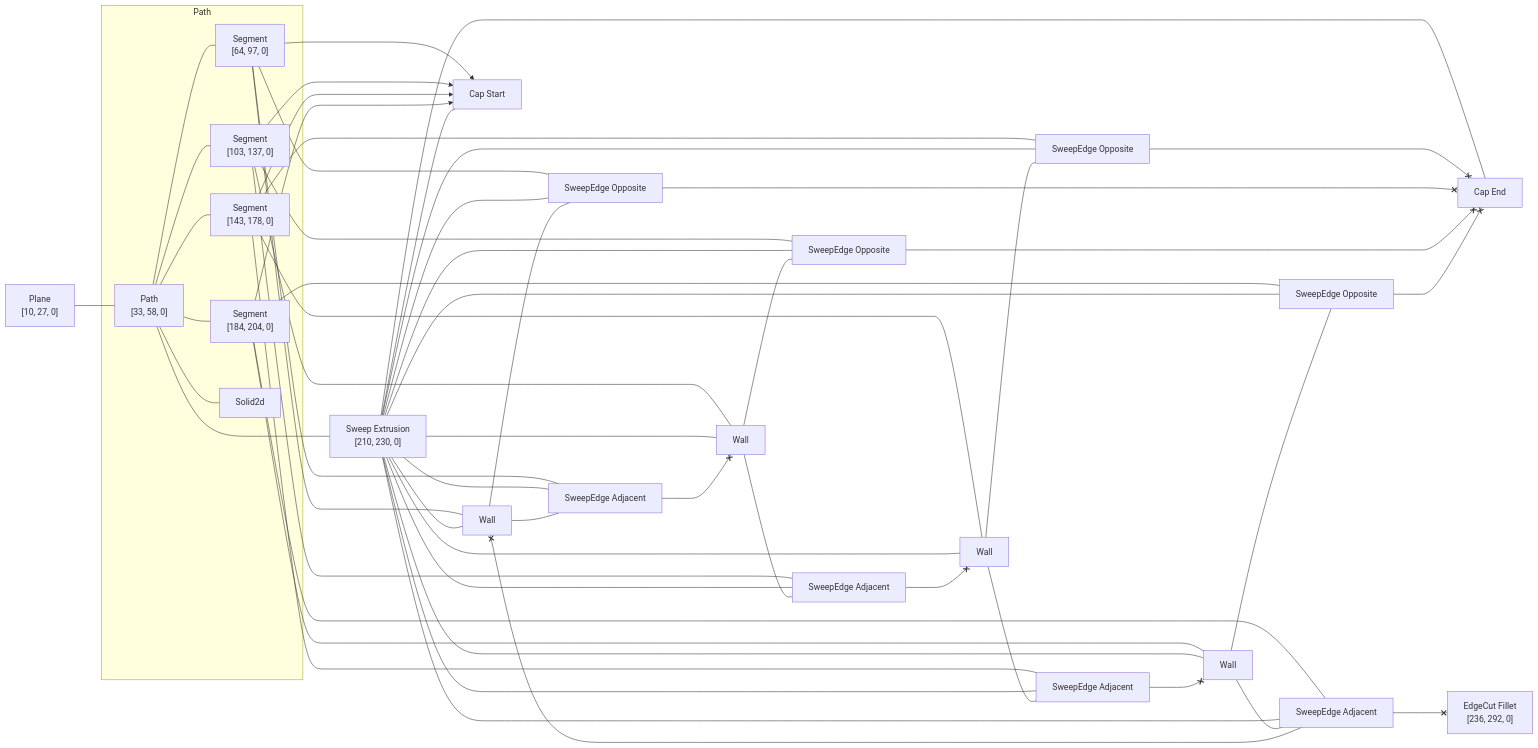
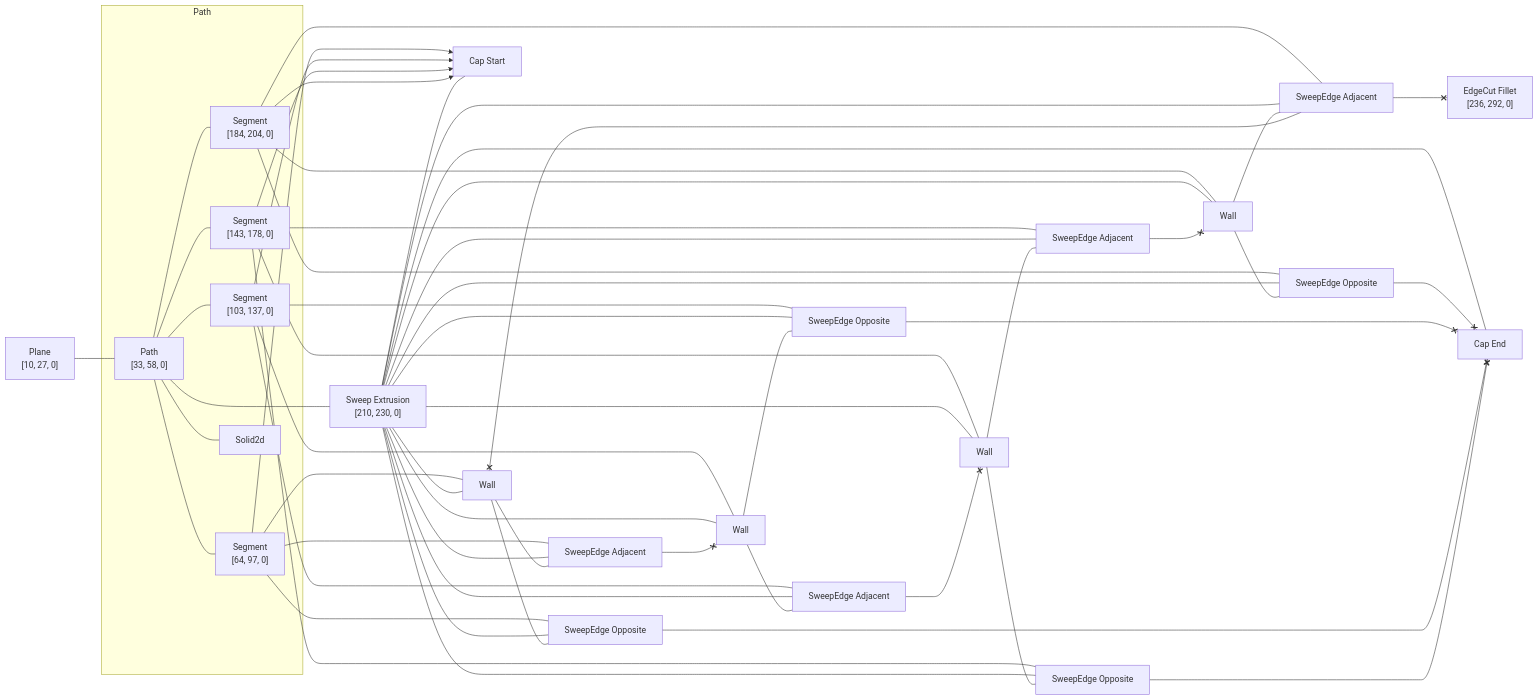
One commit to rajgandhi1/modeling-app changed the diagram in rust/kcl-lib/tests/basic_fillet_cube_next_adjacent/artifact_graph_flowchart.snap.md. Above: the diagram before and after it, drawn with Mermaid. The commit also changed 110 other files, not shown here.

````diff
--- a/rust/kcl-lib/tests/basic_fillet_cube_next_adjacent/artifact_graph_flowchart.snap.md
+++ b/rust/kcl-lib/tests/basic_fillet_cube_next_adjacent/artifact_graph_flowchart.snap.md
@@ -1,82 +1,82 @@
 ```mermaid
 flowchart LR
   subgraph path2 [Path]
     2["Path<br>[33, 58, 0]"]
     3["Segment<br>[64, 97, 0]"]
     4["Segment<br>[103, 137, 0]"]
     5["Segment<br>[143, 178, 0]"]
     6["Segment<br>[184, 204, 0]"]
     7[Solid2d]
   end
   1["Plane<br>[10, 27, 0]"]
   8["Sweep Extrusion<br>[210, 230, 0]"]
   9[Wall]
   10[Wall]
   11[Wall]
   12[Wall]
   13["Cap Start"]
   14["Cap End"]
   15["SweepEdge Opposite"]
   16["SweepEdge Opposite"]
   17["SweepEdge Opposite"]
   18["SweepEdge Opposite"]
   19["SweepEdge Adjacent"]
   20["SweepEdge Adjacent"]
   21["SweepEdge Adjacent"]
   22["SweepEdge Adjacent"]
   23["EdgeCut Fillet<br>[236, 292, 0]"]
   1 --- 2
   2 --- 3
   2 --- 4
   2 --- 5
   2 --- 6
   2 --- 7
   2 ---- 8
   3 --- 12
   3 x--> 13
-  3 --- 16
-  3 --- 19
+  3 --- 17
+  3 --- 22
   4 --- 10
   4 x--> 13
-  4 --- 17
-  4 --- 22
+  4 --- 16
+  4 --- 21
   5 --- 9
   5 x--> 13
-  5 --- 15
-  5 --- 21
+  5 --- 18
+  5 --- 19
   6 --- 11
   6 x--> 13
-  6 --- 18
+  6 --- 15
   6 --- 20
   8 --- 9
   8 --- 10
   8 --- 11
   8 --- 12
   8 --- 13
   8 --- 14
   8 --- 15
   8 --- 16
   8 --- 17
   8 --- 18
   8 --- 19
   8 --- 20
   8 --- 21
   8 --- 22
-  9 --- 15
-  9 --- 21
-  22 <--x 9
-  10 --- 17
-  19 <--x 10
-  10 --- 22
-  11 --- 18
+  9 --- 18
+  9 --- 19
+  21 <--x 9
+  10 --- 16
+  10 --- 21
+  22 <--x 10
+  11 --- 15
+  19 <--x 11
   11 --- 20
-  21 <--x 11
-  12 --- 16
-  12 --- 19
+  12 --- 17
   20 <--x 12
+  12 --- 22
   15 <--x 14
   16 <--x 14
   17 <--x 14
   18 <--x 14
   20 <--x 23
 ```
````
